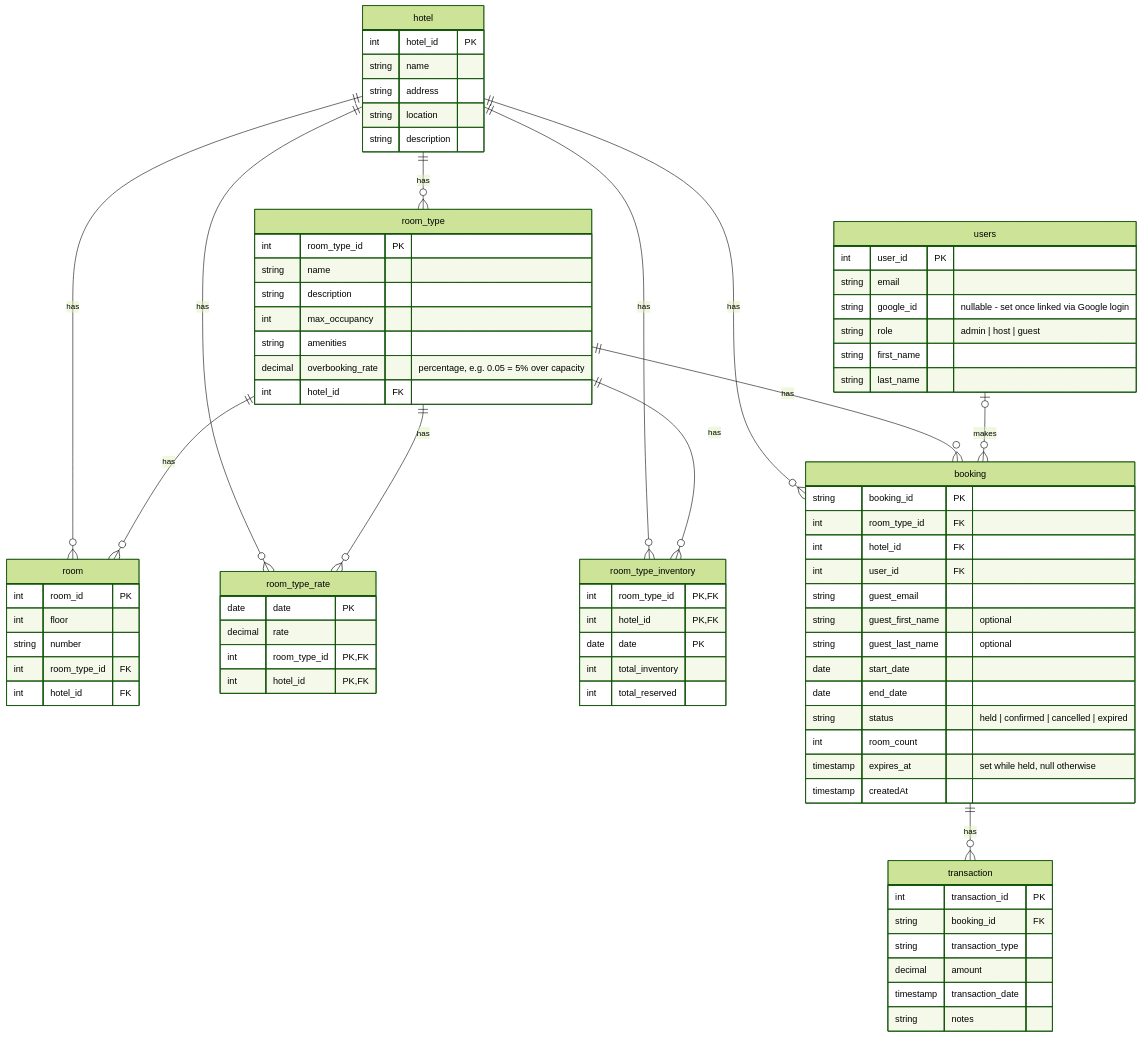
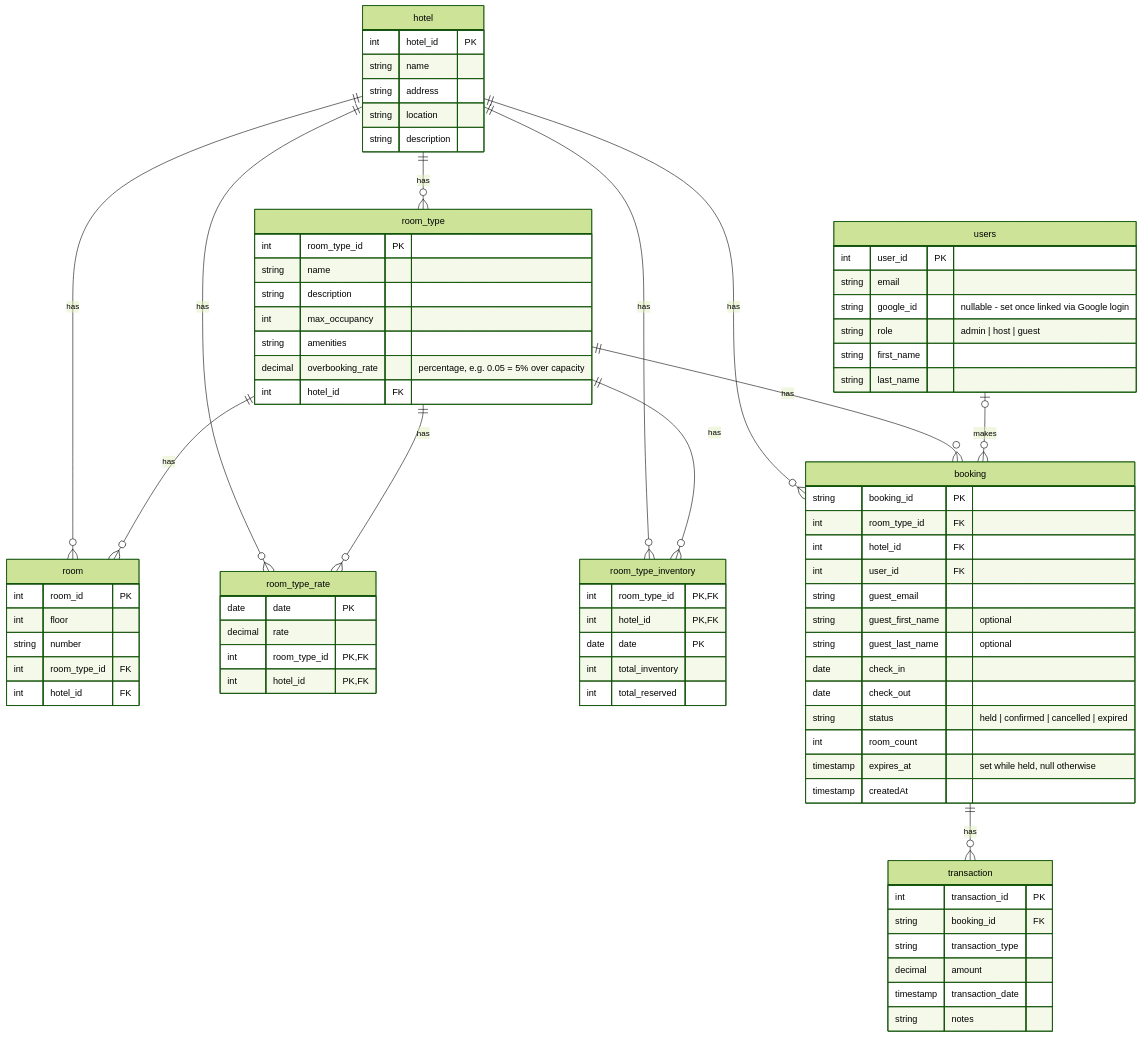
The diagram in docs/architecture/data-models.md (dreiv/booking), drawn with Mermaid (forest theme) before and after one commit. The commit also changed other lines of this file and 13 other files, not shown here.

Commit message:
db: rename startDate - checkIn, endDate - checkOut

```diff
--- a/docs/architecture/data-models.md
+++ b/docs/architecture/data-models.md
@@ -62,8 +62,8 @@
         string guest_email
         string guest_first_name "optional"
         string guest_last_name "optional"
-        date start_date
-        date end_date
+        date check_in
+        date check_out
         string status "held | confirmed | cancelled | expired"
         int room_count
         timestamp expires_at "set while held, null otherwise"
```
